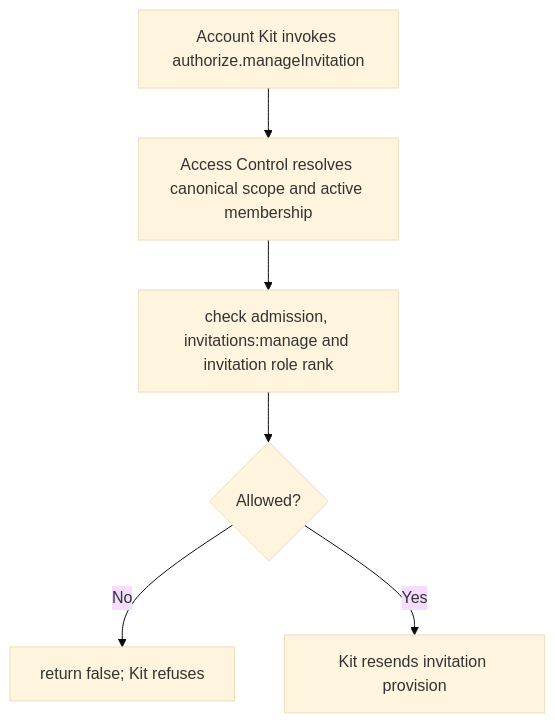
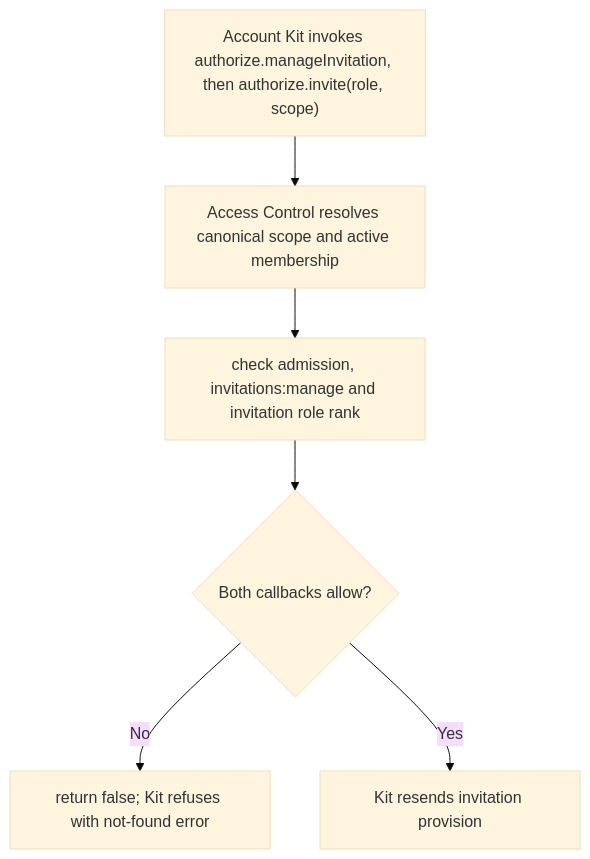
Before and after one commit to Kevinjohn/oss-adonisjs-access-control: the second of 2 diagrams in user-stories/US-ACCESS-23-resend-invitation.md, drawn with Mermaid (base theme). The commit also changed other lines of this file and 19 other files, not shown here.

````diff
--- a/user-stories/US-ACCESS-23-resend-invitation.md
+++ b/user-stories/US-ACCESS-23-resend-invitation.md
@@ -31,8 +32,8 @@
 ```mermaid
 flowchart TD
-    A["Account Kit invokes authorize.manageInvitation"] --> B["Access Control resolves canonical scope and active membership"]
+    A["Account Kit invokes authorize.manageInvitation, then authorize.invite(role, scope)"] --> B["Access Control resolves canonical scope and active membership"]
     B --> C["check admission, invitations:manage and invitation role rank"]
-    C --> D{"Allowed?"}
-    D -->|No| E["return false; Kit refuses"]
+    C --> D{"Both callbacks allow?"}
+    D -->|No| E["return false; Kit refuses with not-found error"]
     D -->|Yes| F["Kit resends invitation provision"]
 ```
````
